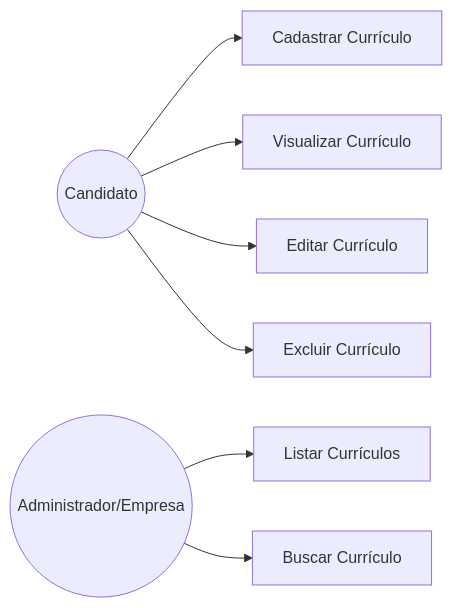
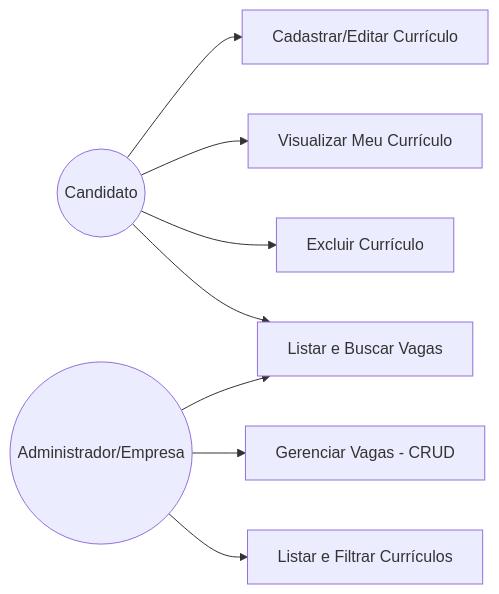
Before and after one commit to Hope0013/Projeto_RH: the first of 3 diagrams in README.md, drawn with Mermaid. The commit also changed other lines of this file, not shown here.

````diff
--- a/README.md
+++ b/README.md
@@ -222,22 +161,23 @@
 ```mermaid
 flowchart LR
 
 Candidato((Candidato))
 Admin((Administrador/Empresa))
 
-UC1[Cadastrar Currículo]
-UC2[Visualizar Currículo]
-UC3[Editar Currículo]
-UC4[Excluir Currículo]
-UC5[Listar Currículos]
-UC6[Buscar Currículo]
+UC1[Cadastrar/Editar Currículo]
+UC2[Visualizar Meu Currículo]
+UC3[Excluir Currículo]
+UC4[Listar e Buscar Vagas]
+UC5[Gerenciar Vagas - CRUD]
+UC6[Listar e Filtrar Currículos]
 
 Candidato --> UC1
 Candidato --> UC2
 Candidato --> UC3
 Candidato --> UC4
 
 Admin --> UC5
 Admin --> UC6
+Admin --> UC4
 
 ```
````
